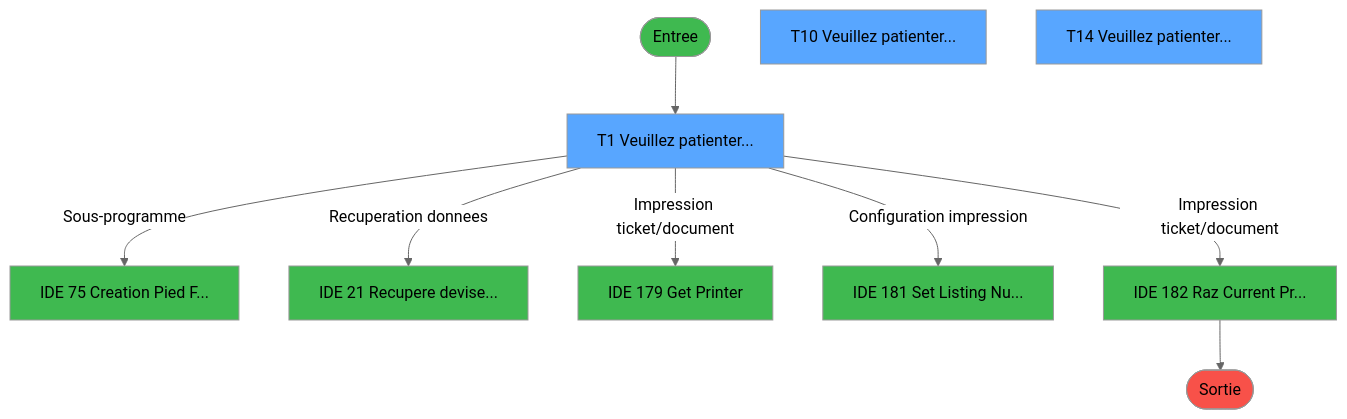
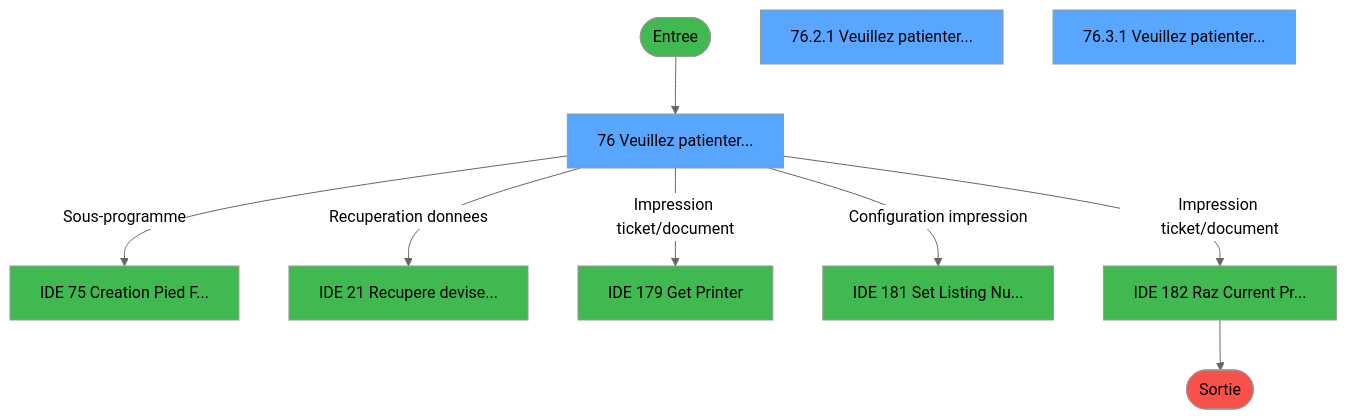
Before and after one commit to thonyAGP/lecteur-magic: the first of 4 diagrams in .openspec/specs/ADH-IDE-76.md, drawn with Mermaid (neutral theme). The commit also changed other lines of this file and 493 other files, not shown here.

````diff
--- a/.openspec/specs/ADH-IDE-76.md
+++ b/.openspec/specs/ADH-IDE-76.md
@@ -455,30 +499,30 @@
 ```mermaid
 flowchart TD
     START([Entree])
     style START fill:#3fb950
-    VF1[T1 Veuillez patienter...]
+    VF1[76 Veuillez patienter...]
     style VF1 fill:#58a6ff
-    VF10[T10 Veuillez patienter...]
+    VF10[76.2.1 Veuillez patienter...]
     style VF10 fill:#58a6ff
-    VF14[T14 Veuillez patienter...]
+    VF14[76.3.1 Veuillez patienter...]
     style VF14 fill:#58a6ff
     EXT75[IDE 75 Creation Pied F...]
     style EXT75 fill:#3fb950
     EXT21[IDE 21 Recupere devise...]
     style EXT21 fill:#3fb950
     EXT179[IDE 179 Get Printer]
     style EXT179 fill:#3fb950
     EXT181[IDE 181 Set Listing Nu...]
     style EXT181 fill:#3fb950
     EXT182[IDE 182 Raz Current Pr...]
     style EXT182 fill:#3fb950
     FIN([Sortie])
     style FIN fill:#f85149
     START --> VF1
     VF1 -->|Sous-programme| EXT75
     VF1 -->|Recuperation donnees| EXT21
     VF1 -->|Impression ticket/document| EXT179
     VF1 -->|Configuration impression| EXT181
     VF1 -->|Impression ticket/document| EXT182
     EXT182 --> FIN
 ```
````
